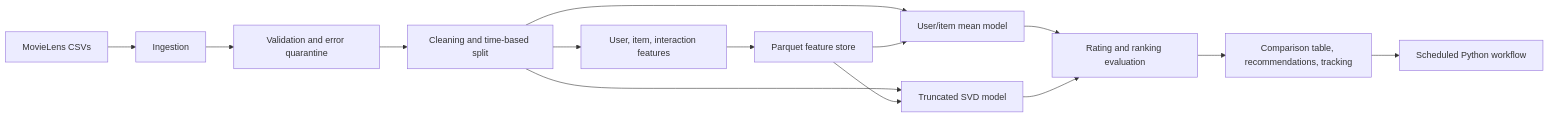
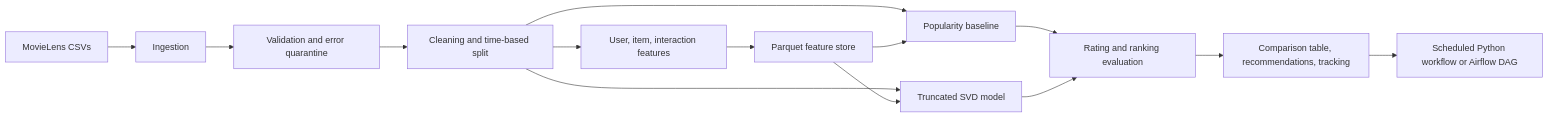
One commit to QuickLearnerQ/DM4ML changed the diagram in docs/pipeline_architecture.mmd. Above: the diagram before and after it, drawn with Mermaid. The commit also changed 20 other files, not shown here.

```diff
--- a/docs/pipeline_architecture.mmd
+++ b/docs/pipeline_architecture.mmd
@@ -1,14 +1,14 @@
 flowchart LR
     A[MovieLens CSVs] --> B[Ingestion]
     B --> C[Validation and error quarantine]
     C --> D[Cleaning and time-based split]
     D --> E[User, item, interaction features]
     E --> F[Parquet feature store]
-    D --> G[User/item mean model]
+    D --> G[Popularity baseline]
     D --> H[Truncated SVD model]
     F --> G
     F --> H
     G --> I[Rating and ranking evaluation]
     H --> I
     I --> J[Comparison table, recommendations, tracking]
-    J --> K[Scheduled Python workflow]
+    J --> K[Scheduled Python workflow or Airflow DAG]
```
